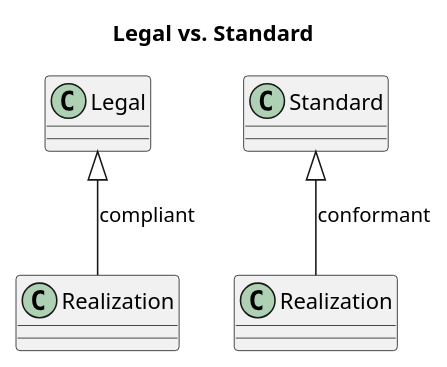
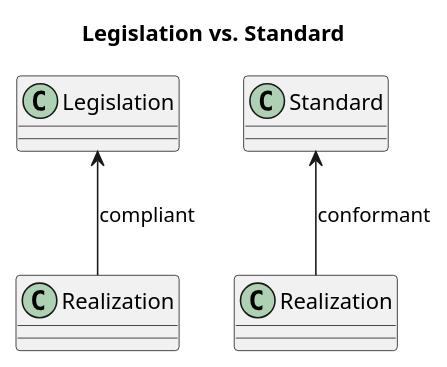
Before and after one commit to hl7-eu/medtechlabel-wp2-im: the diagram in input/images-source/terms1.plantuml, drawn with PlantUML. The commit also changed 5 other files, not shown here.

```diff
--- a/input/images-source/terms1.plantuml
+++ b/input/images-source/terms1.plantuml
@@ -1,17 +1,17 @@
 @startuml
 
 'skinparam svgDimensionStyle false
 
-Title "Legal vs. Standard"
+Title "Legislation vs. Standard"
 
-class "Legal" as l1
+class "Legislation" as l1
 class "Realization" as l2
 
-l1 <|-- l2 : compliant
+l1 <-- l2 : compliant
 
 class "Standard" as s1
 class "Realization" as s2
 
-s1 <|-- s2 : conformant
+s1 <-- s2 : conformant
 
 @enduml
```
